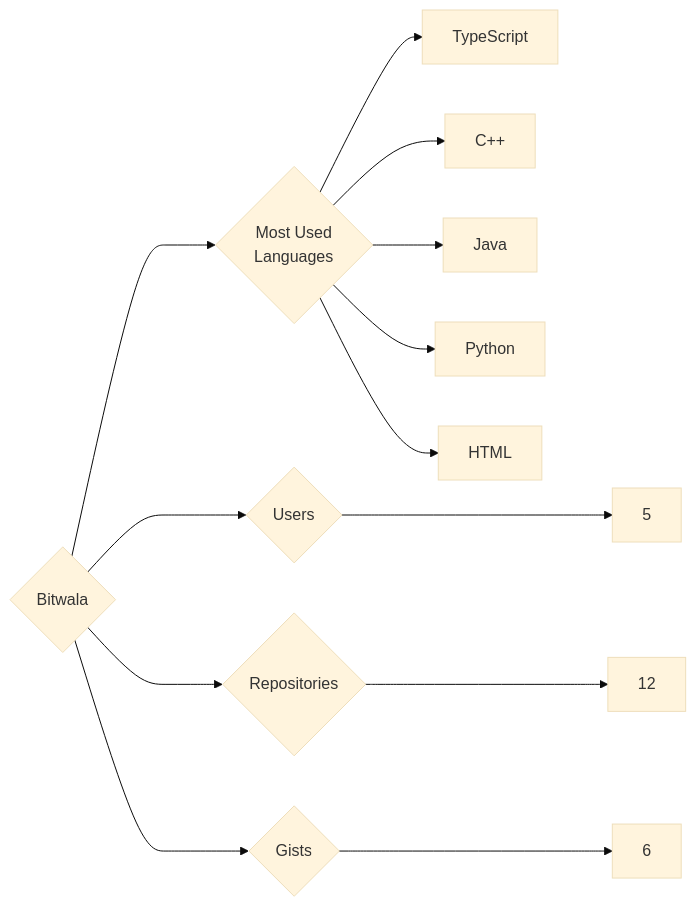
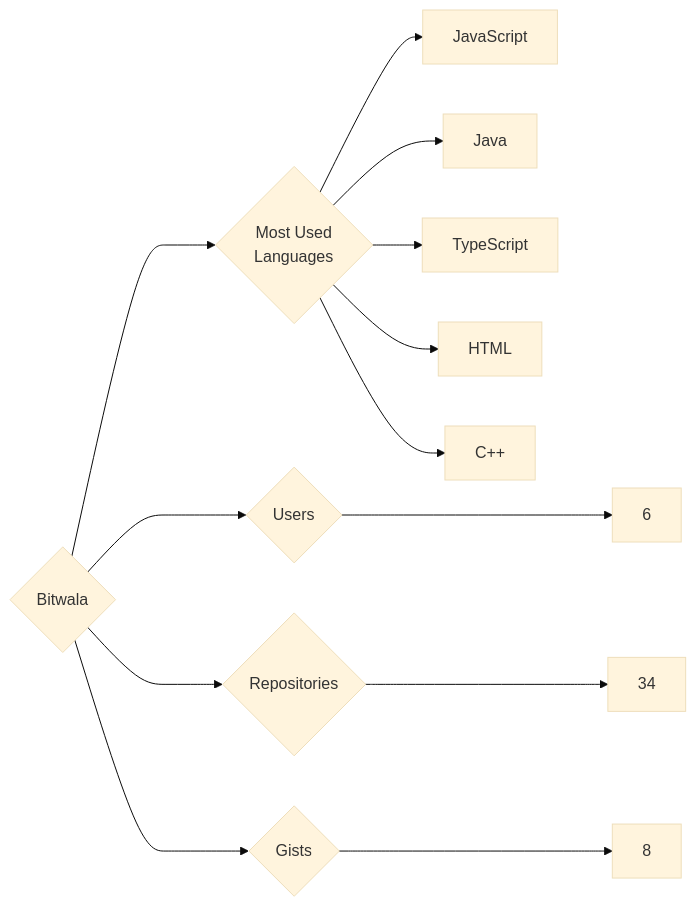
One commit to trickest/insiders changed the diagram in targets/Bitwala/README.md. Above: the diagram before and after it, drawn with Mermaid (base theme). The commit also changed 1167 other files, not shown here.

````diff
--- a/targets/Bitwala/README.md
+++ b/targets/Bitwala/README.md
@@ -3,13 +3,13 @@
 ```mermaid
 graph LR
 COMPANY_NAME{Bitwala}
-COMPANY_NAME ---> U{Users} ---> UN[5]
-COMPANY_NAME ---> R{Repositories} ---> RN[12]
-COMPANY_NAME ---> G{Gists} ---> GN[6]
+COMPANY_NAME ---> U{Users} ---> UN[6]
+COMPANY_NAME ---> R{Repositories} ---> RN[34]
+COMPANY_NAME ---> G{Gists} ---> GN[8]
 COMPANY_NAME ---> ML{Most Used<br>Languages}
+ML --> JavaScript[JavaScript]
+ML --> Java[Java]
 ML --> TypeScript[TypeScript]
+ML --> HTML[HTML]
 ML --> C++[C++]
-ML --> Java[Java]
-ML --> Python[Python]
-ML --> HTML[HTML]
 ```
````
